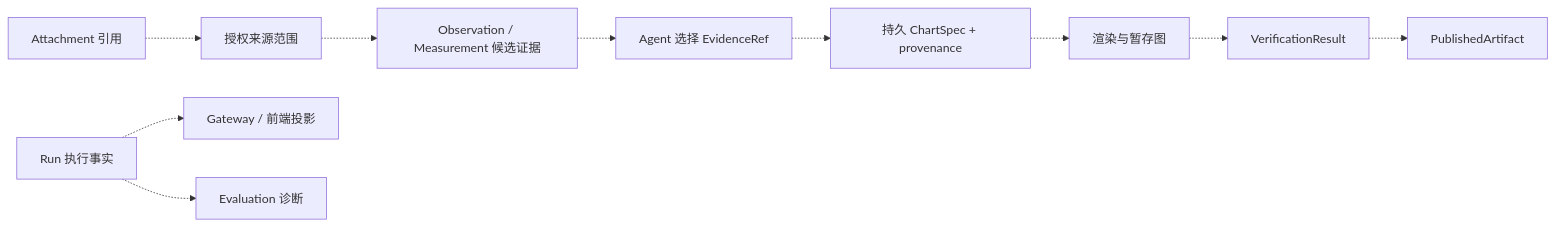
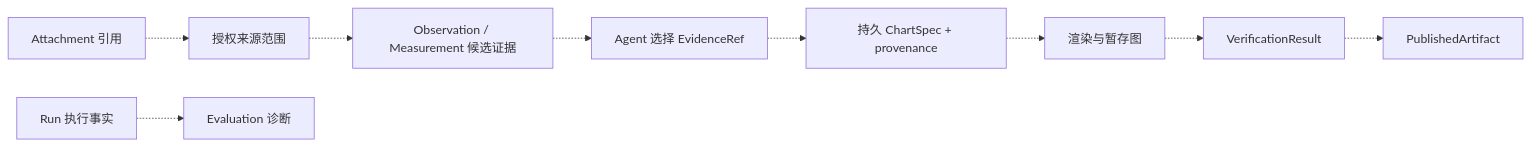
One commit to YeZibn/Figura changed the diagram in docs/figura/future-boundaries.md. Above: the diagram before and after it, drawn with Mermaid. The commit also changed other lines of this file and 51 other files, not shown here.

````diff
--- a/docs/figura/future-boundaries.md
+++ b/docs/figura/future-boundaries.md
@@ -17,12 +16,12 @@
 ```mermaid
 flowchart LR
+    Runtime[Run 执行事实]
     Attachment[Attachment 引用] -.-> Scope[授权来源范围]
     Scope -.-> Obs[Observation / Measurement 候选证据]
     Obs -.-> Choice[Agent 选择 EvidenceRef]
     Choice -.-> Spec[持久 ChartSpec + provenance]
     Spec -.-> Render[渲染与暂存图]
     Render -.-> Verify[VerificationResult]
     Verify -.-> Publish[PublishedArtifact]
-    Runtime[Run 执行事实] -.-> Gateway[Gateway / 前端投影]
     Runtime -.-> Eval[Evaluation 诊断]
 ```
````
